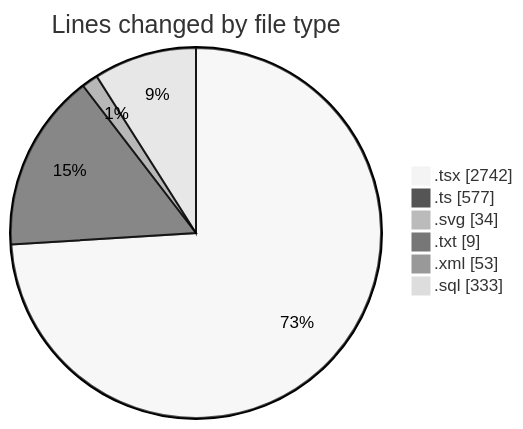
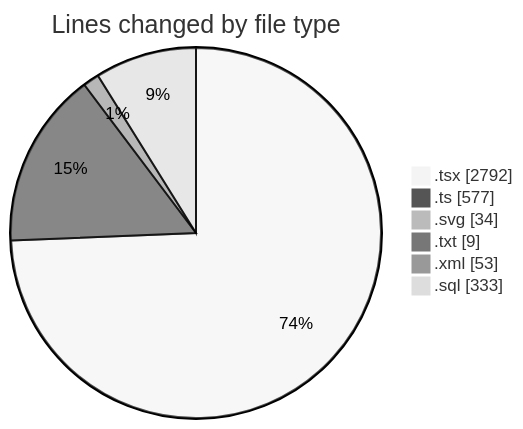
Before and after one commit to FixMe24/code-tracking: the first of 2 diagrams in 2025-05-21/fixme24/README.md, drawn with Mermaid (neutral theme). The commit also changed other lines of this file and 1 other file, not shown here.

````diff
--- a/2025-05-21/fixme24/README.md
+++ b/2025-05-21/fixme24/README.md
@@ -47,10 +48,10 @@
 ```mermaid
 pie showData
 title Lines changed by file type
-".tsx" : 2742
+".tsx" : 2792
 ".ts" : 577
 ".svg" : 34
 ".txt" : 9
 ".xml" : 53
 ".sql" : 333
 ```
````
